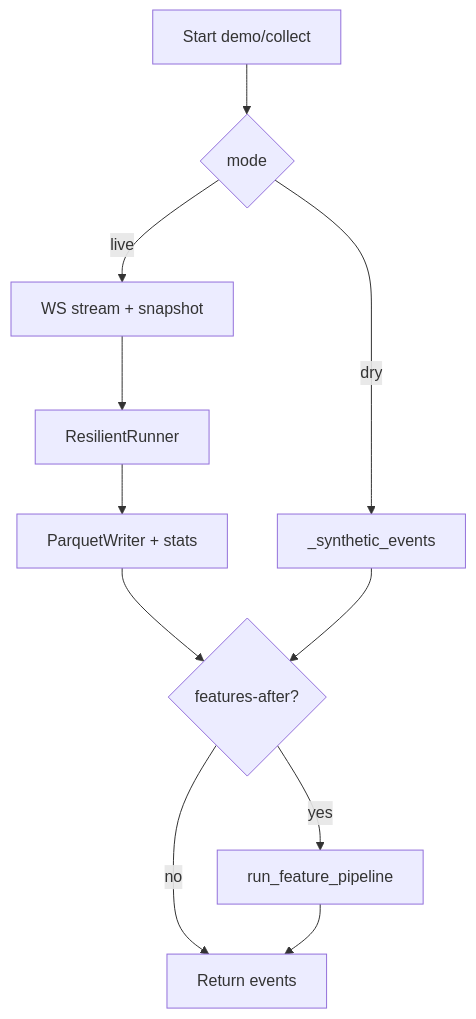
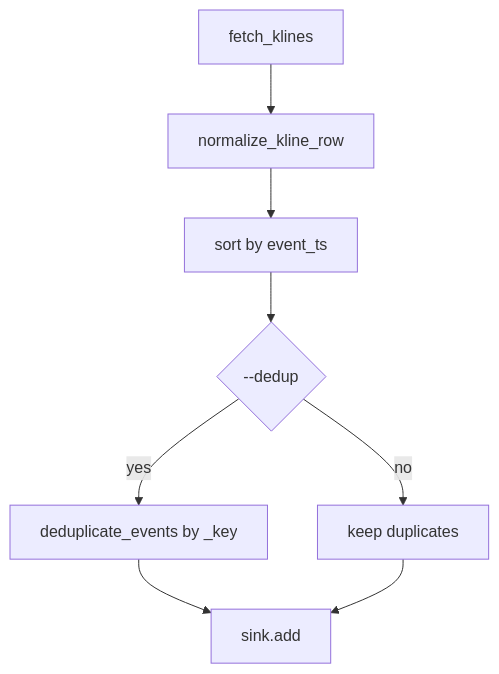
The fourth of 5 diagrams in docs/ingestion.md (oscarlgarcia/MyTraderSystem), drawn with Mermaid before and after one commit. The commit also changed other lines of this file and 9 other files, not shown here.

Commit message:
Unify ingestion dedup across live and backfill

````diff
--- a/docs/ingestion.md
+++ b/docs/ingestion.md
@@ -108,13 +113,10 @@
 ```mermaid
 flowchart TD
-  A[Start demo/collect] --> B{mode}
-  B -->|dry| S[_synthetic_events]
-  B -->|live| WS[WS stream + snapshot]
-  WS --> R[ResilientRunner]
-  R --> W[ParquetWriter + stats]
-  W --> C{features-after?}
-  S --> C
-  C -->|yes| FP[run_feature_pipeline]
-  C -->|no| End[Return events]
-  FP --> End
+  A[fetch_klines] --> B[normalize_kline_row]
+  B --> C[sort by event_ts]
+  C --> D{--dedup}
+  D -->|yes| E[deduplicate_events by _key]
+  D -->|no| F[keep duplicates]
+  E --> G[sink.add]
+  F --> G
 ```
````
